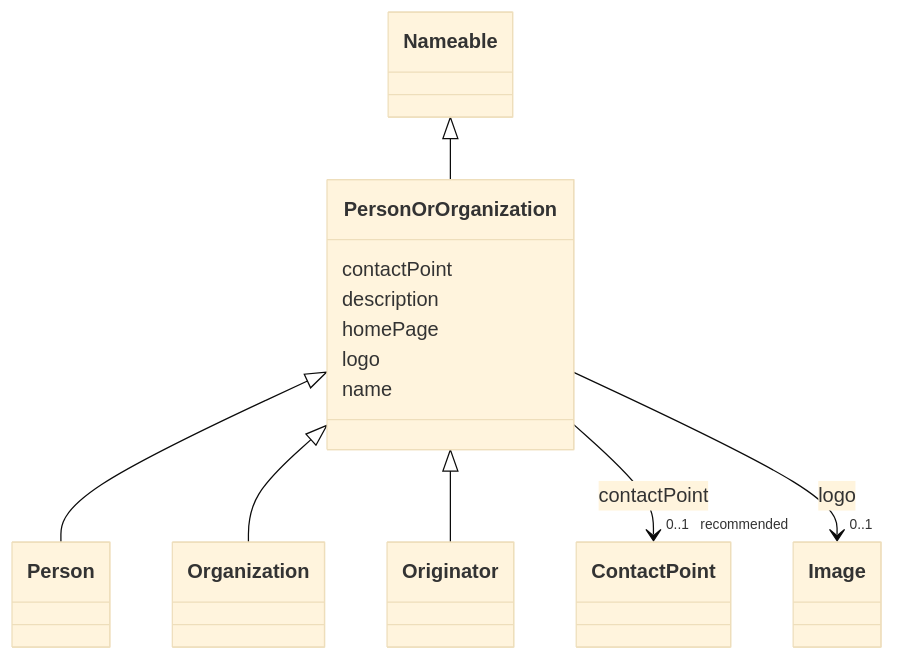
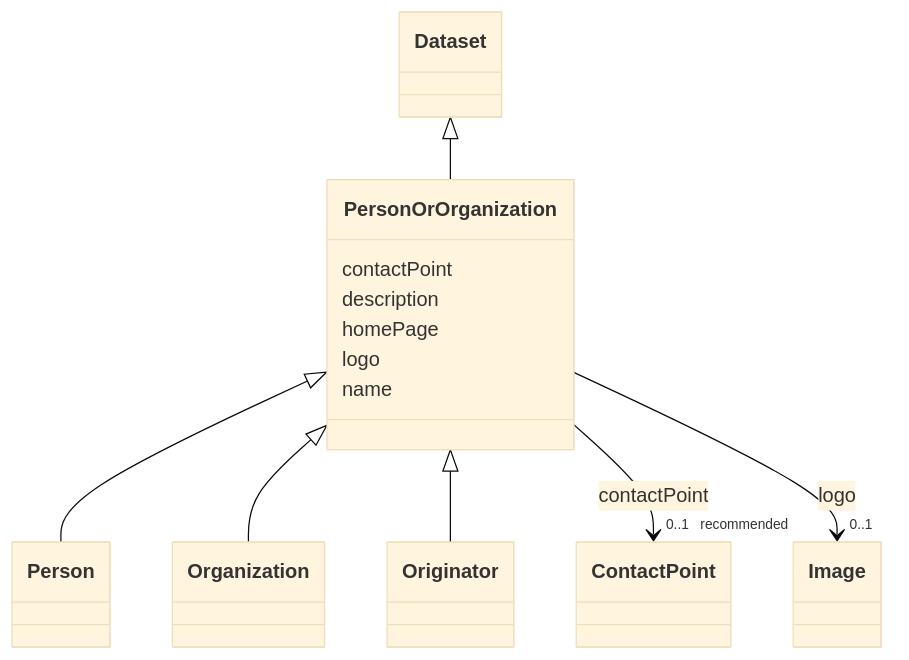
The diagram in models/docs/PersonOrOrganization.md (EVORA-project/evora-ontology), drawn with Mermaid (base theme) before and after one commit. The commit also changed other lines of this file and 462 other files, not shown here.

````diff
--- a/models/docs/PersonOrOrganization.md
+++ b/models/docs/PersonOrOrganization.md
@@ -19,42 +19,42 @@
 ```mermaid
  classDiagram
     class PersonOrOrganization
     click PersonOrOrganization href "../PersonOrOrganization"
-      Nameable <|-- PersonOrOrganization
-        click Nameable href "../Nameable"
+      Dataset <|-- PersonOrOrganization
+        click Dataset href "../Dataset"
       
 
       PersonOrOrganization <|-- Person
         click Person href "../Person"
       PersonOrOrganization <|-- Organization
         click Organization href "../Organization"
       PersonOrOrganization <|-- Originator
         click Originator href "../Originator"
       
       
       PersonOrOrganization : contactPoint
         
           
     
     
     PersonOrOrganization --> "0..1 _recommended_" ContactPoint : contactPoint
     click ContactPoint href "../ContactPoint"
 
         
       PersonOrOrganization : description
         
       PersonOrOrganization : homePage
         
       PersonOrOrganization : logo
         
           
     
     
     PersonOrOrganization --> "0..1" Image : logo
     click Image href "../Image"
 
         
       PersonOrOrganization : name
         
       
 ```
````
